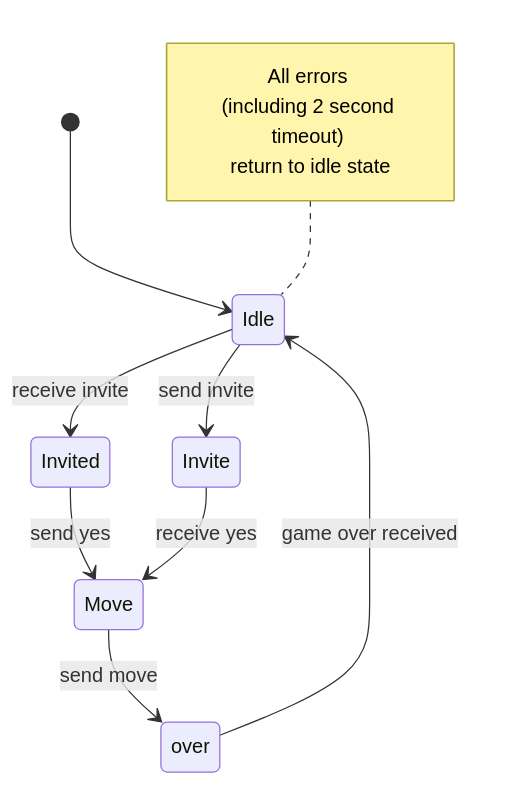
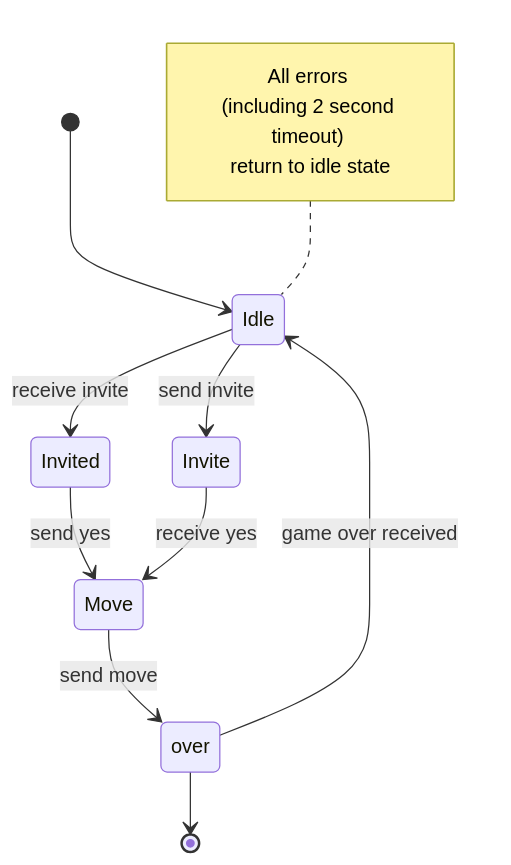
Before and after one commit to n7jti/robot-roshambo: the second of 3 diagrams in docs/game.md, drawn with Mermaid. The commit also changed other lines of this file and 9 other files, not shown here.

````diff
--- a/docs/game.md
+++ b/docs/game.md
@@ -19,23 +19,26 @@
 ``` mermaid
 stateDiagram-v2
 
 # receive an invite
     [*] --> Idle
 
     note left of Idle
         All errors 
         (including 2 second timeout) 
         return to idle state
     end note
 
     Idle --> Invited : receive invite
     Invited --> Move : send yes
     Move --> over : send move
     over --> Idle : game over received
 
 # send an invite
     Idle --> Invite : send invite
     Invite --> Move : receive yes
 
+#Over
+over --> [*]
+
 
 ```
````
